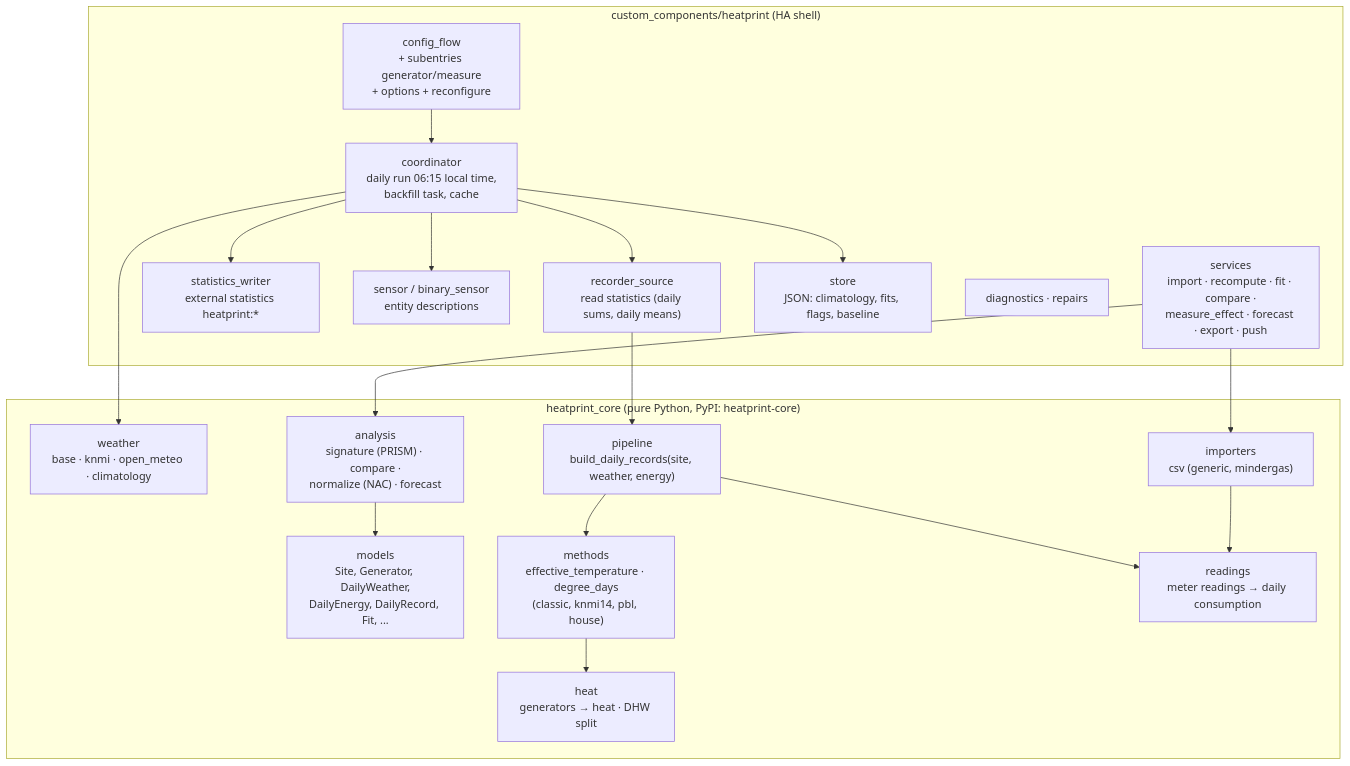
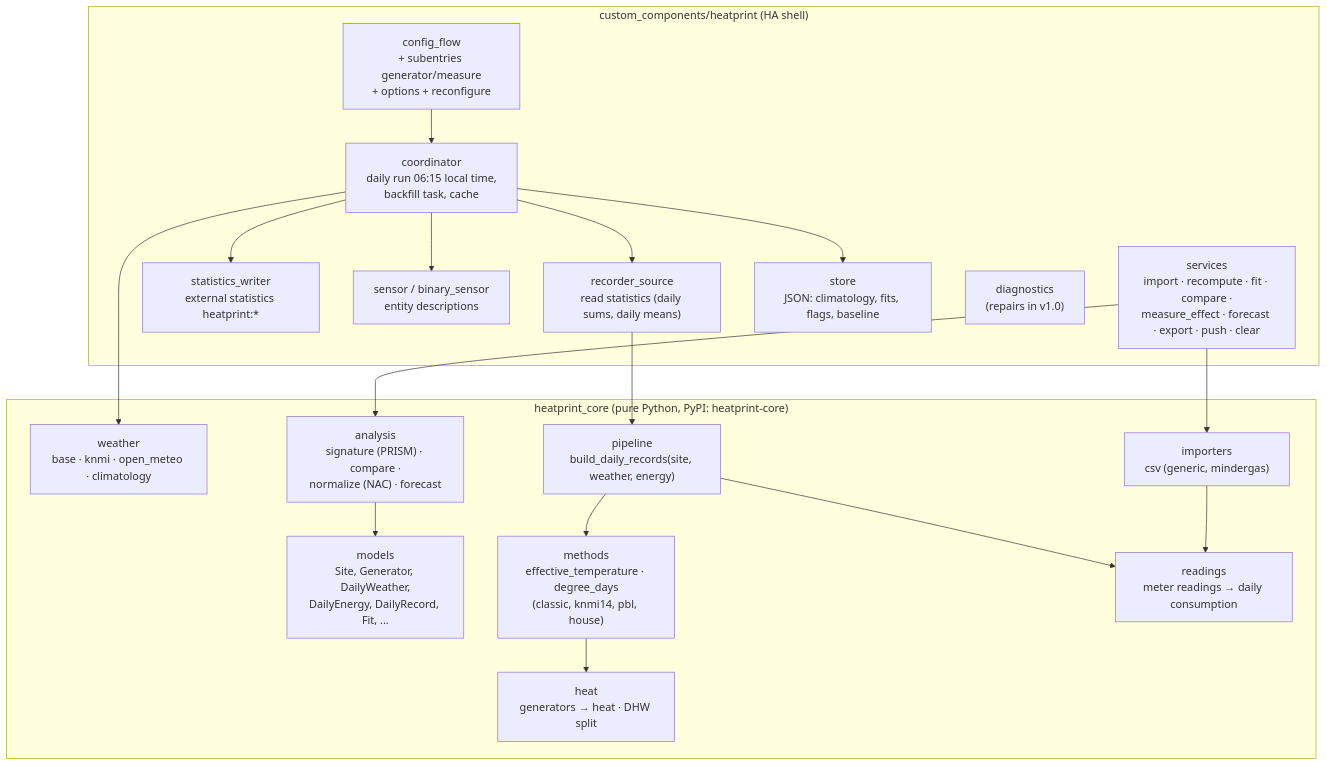
Before and after one commit to nicohabets/heatprint: the second of 3 diagrams in docs/ARCHITECTURE.md, drawn with Mermaid. The commit also changed other lines of this file and 11 other files, not shown here.

````diff
--- a/docs/ARCHITECTURE.md
+++ b/docs/ARCHITECTURE.md
@@ -53,36 +53,36 @@
 ```mermaid
 flowchart TB
     subgraph core["heatprint_core (pure Python, PyPI: heatprint-core)"]
         M["models<br/>Site, Generator, DailyWeather,<br/>DailyEnergy, DailyRecord, Fit, ..."]
         W["weather<br/>base · knmi · open_meteo · climatology"]
         E["methods<br/>effective_temperature · degree_days<br/>(classic, knmi14, pbl, house)"]
         H["heat<br/>generators → heat · DHW split"]
         R["readings<br/>meter readings → daily consumption"]
         A["analysis<br/>signature (PRISM) · compare ·<br/>normalize (NAC) · forecast"]
         I["importers<br/>csv (generic, mindergas)"]
         P["pipeline<br/>build_daily_records(site, weather, energy)"]
     end
 
     subgraph ha["custom_components/heatprint (HA shell)"]
         CF["config_flow<br/>+ subentries generator/measure<br/>+ options + reconfigure"]
         CO["coordinator<br/>daily run 06:15 local time,<br/>backfill task, cache"]
         RS["recorder_source<br/>read statistics (daily sums, daily means)"]
         ST["statistics_writer<br/>external statistics heatprint:*"]
         SE["sensor / binary_sensor<br/>entity descriptions"]
-        SV["services<br/>import · recompute · fit · compare ·<br/>measure_effect · forecast · export · push"]
+        SV["services<br/>import · recompute · fit · compare ·<br/>measure_effect · forecast · export · push · clear"]
         SR["store<br/>JSON: climatology, fits, flags, baseline"]
-        DG["diagnostics · repairs"]
+        DG["diagnostics<br/>(repairs in v1.0)"]
     end
 
     CF --> CO
     CO --> RS --> P
     CO --> W
     P --> E --> H
     P --> R
     CO --> ST
     CO --> SE
     SV --> A
     SV --> I --> R
     CO --> SR
     A --> M
 ```
````
